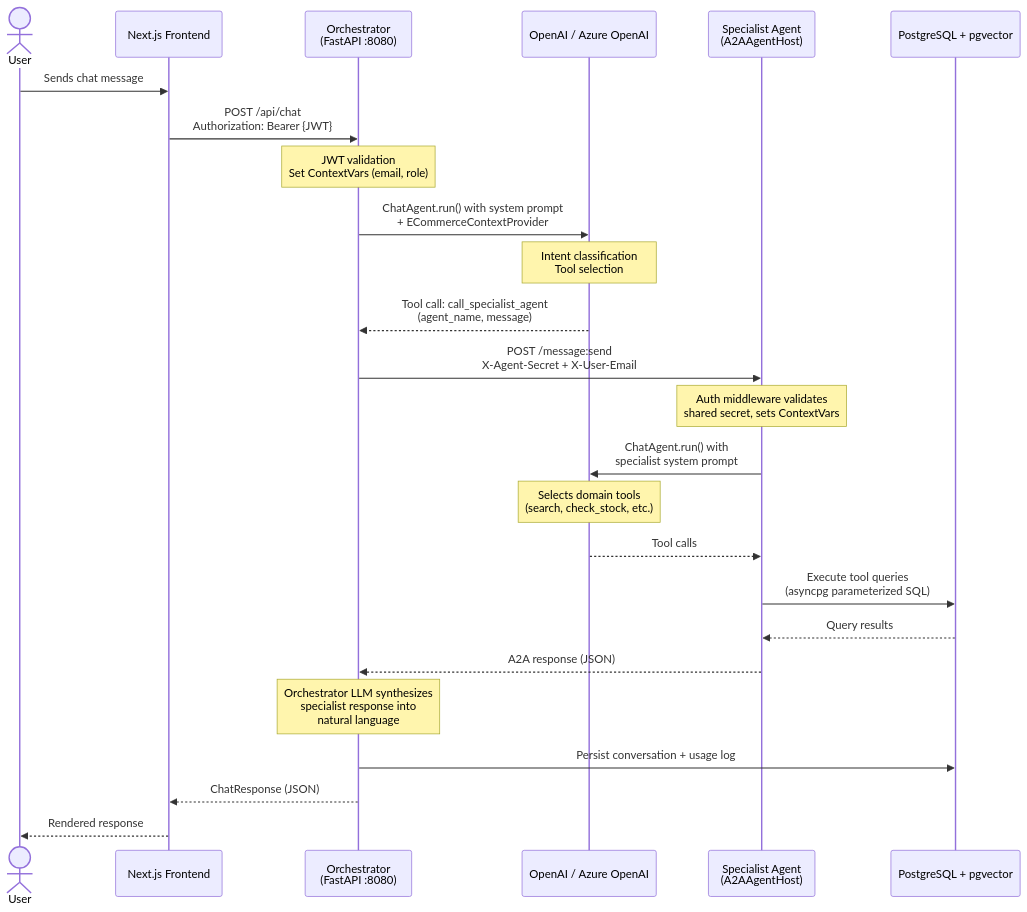
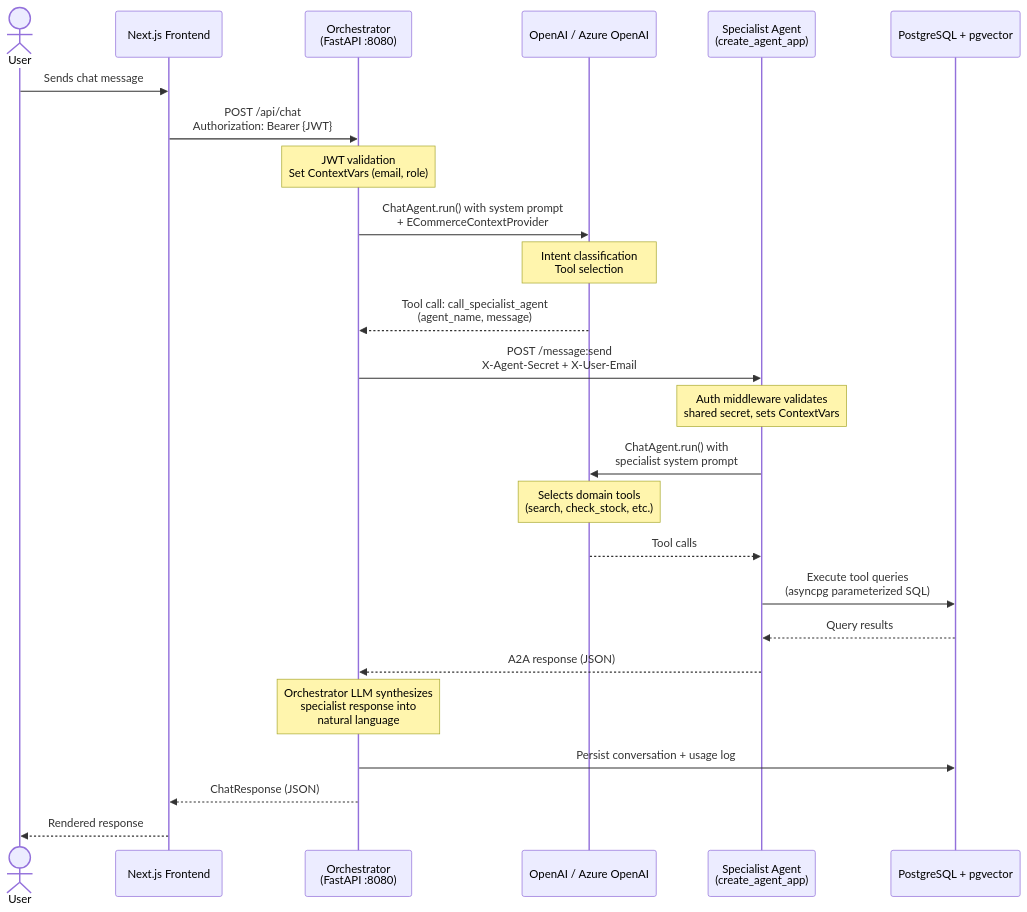
The second of 7 diagrams in docs/architecture.md (rakyma0228/eCommerce-agent), drawn with Mermaid before and after one commit. The commit also changed other lines of this file and 20 other files, not shown here.

First line of the commit message:
docs: sync README, CLAUDE.md and docs/ with the code (A2A 1.0, schema, deployment, API, nav) (#159)

````diff
--- a/docs/architecture.md
+++ b/docs/architecture.md
@@ -98,37 +98,37 @@
 ```mermaid
 sequenceDiagram
     actor User
     participant FE as Next.js Frontend
     participant ORCH as Orchestrator<br/>(FastAPI :8080)
     participant LLM as OpenAI / Azure OpenAI
-    participant AGENT as Specialist Agent<br/>(A2AAgentHost)
+    participant AGENT as Specialist Agent<br/>(create_agent_app)
     participant DB as PostgreSQL + pgvector
 
     User->>FE: Sends chat message
     FE->>ORCH: POST /api/chat<br/>Authorization: Bearer {JWT}
 
     Note over ORCH: JWT validation<br/>Set ContextVars (email, role)
 
     ORCH->>LLM: ChatAgent.run() with system prompt<br/>+ ECommerceContextProvider
     Note over LLM: Intent classification<br/>Tool selection
 
     LLM-->>ORCH: Tool call: call_specialist_agent<br/>(agent_name, message)
 
     ORCH->>AGENT: POST /message:send<br/>X-Agent-Secret + X-User-Email
     Note over AGENT: Auth middleware validates<br/>shared secret, sets ContextVars
 
     AGENT->>LLM: ChatAgent.run() with<br/>specialist system prompt
     Note over LLM: Selects domain tools<br/>(search, check_stock, etc.)
     LLM-->>AGENT: Tool calls
 
     AGENT->>DB: Execute tool queries<br/>(asyncpg parameterized SQL)
     DB-->>AGENT: Query results
 
     AGENT-->>ORCH: A2A response (JSON)
 
     Note over ORCH: Orchestrator LLM synthesizes<br/>specialist response into<br/>natural language
 
     ORCH->>DB: Persist conversation + usage log
     ORCH-->>FE: ChatResponse (JSON)
     FE-->>User: Rendered response
 ```
````
